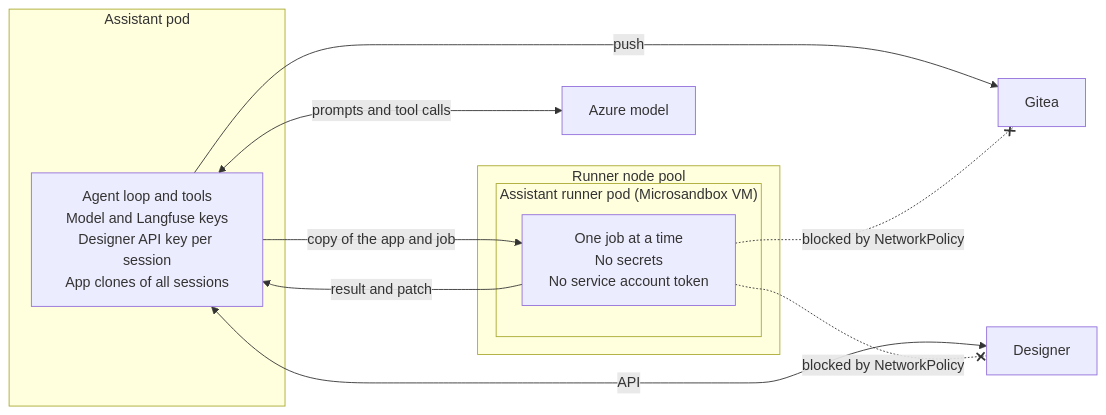
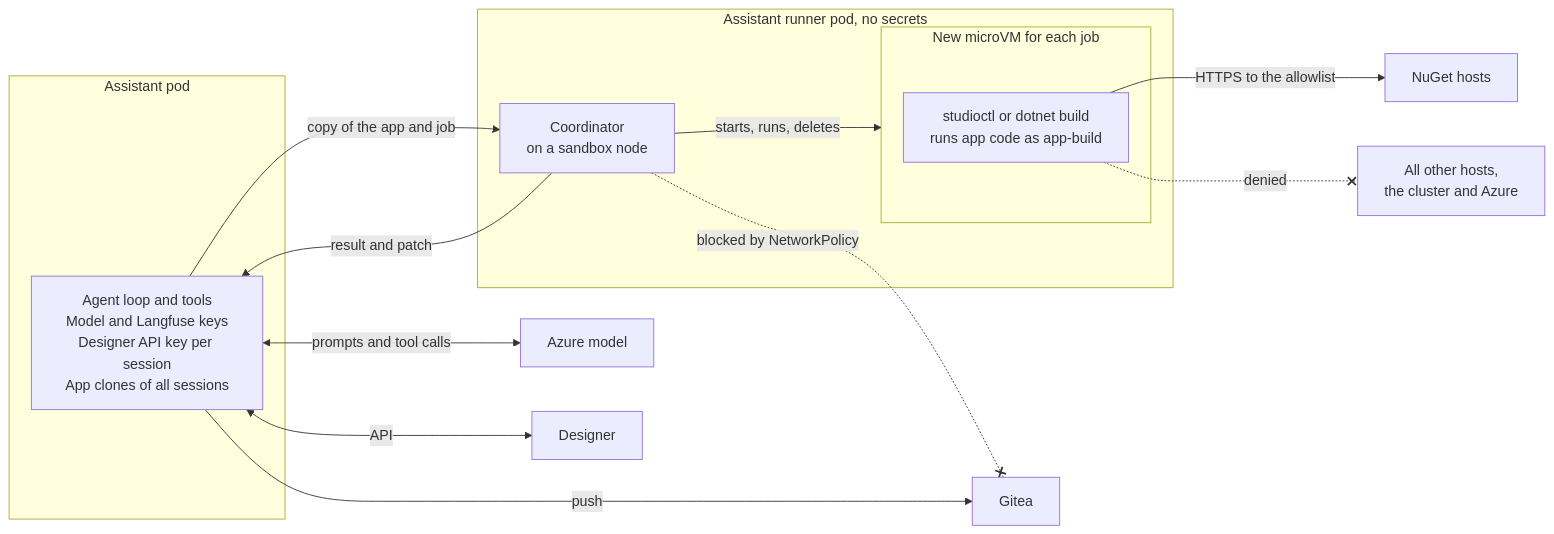
One commit to Altinn/altinn-studio changed the diagram in docs/adr/2026-10-13-assistant-code-running-tools.md. Above: the diagram before and after it, drawn with Mermaid. The commit also changed other lines of this file, not shown here.

Commit message:
add more detail to the ADR

````diff
--- a/docs/adr/2026-10-13-assistant-code-running-tools.md
+++ b/docs/adr/2026-10-13-assistant-code-running-tools.md
@@ -75,24 +76,30 @@
 ```mermaid
 flowchart LR
     model["Azure model"]
     gitea["Gitea"]
     designer["Designer"]
 
     subgraph assistantPod["Assistant pod"]
         assistant["Agent loop and tools<br/>Model and Langfuse keys<br/>Designer API key per session<br/>App clones of all sessions"]
     end
 
-    subgraph runnerPool["Runner node pool"]
-        subgraph runnerPod["Assistant runner pod (Microsandbox VM)"]
-            runner["One job at a time<br/>No secrets<br/>No service account token"]
+    nuget["NuGet hosts"]
+    other["All other hosts,<br/>the cluster and Azure"]
+
+    subgraph runnerPod["Assistant runner pod, no secrets"]
+        runner["Coordinator<br/>on a sandbox node"]
+        subgraph vm["New microVM for each job"]
+            job["studioctl or dotnet build<br/>runs app code as app-build"]
         end
     end
 
     assistant <-->|"prompts and tool calls"| model
     assistant -->|"push"| gitea
     assistant <-->|"API"| designer
     assistant -->|"copy of the app and job"| runner
     runner -->|"result and patch"| assistant
+    runner -->|"starts, runs, deletes"| vm
+    job -->|"HTTPS to the allowlist"| nuget
+    job -.-x|"denied"| other
     runner -.-x|"blocked by NetworkPolicy"| gitea
-    runner -.-x|"blocked by NetworkPolicy"| designer
 ```
````
